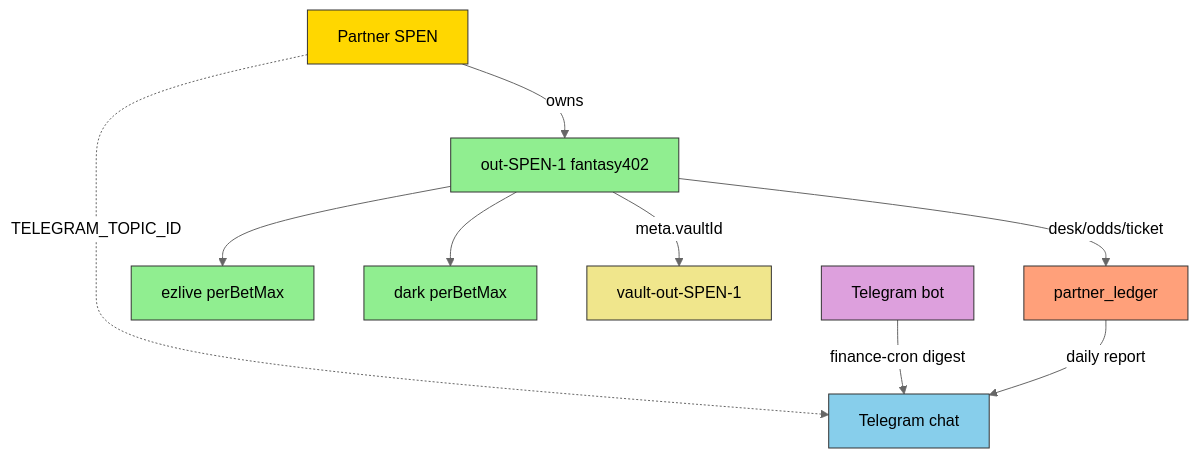
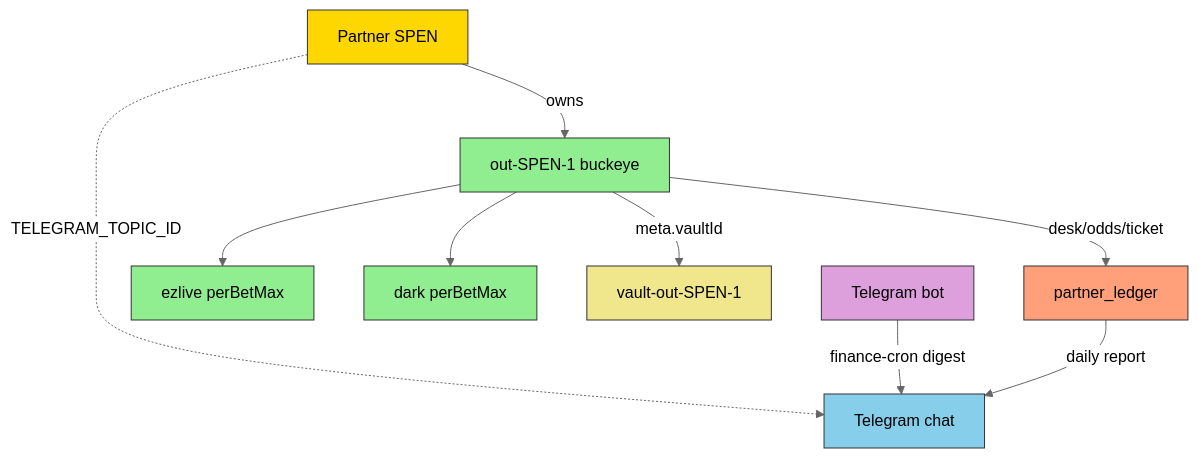
One commit to brendadeeznuts1111/Kalshi-bot changed the diagram in docs/PARTNER-DOMAIN.md. Above: the diagram before and after it, drawn with Mermaid. The commit also changed other lines of this file and 3 other files, not shown here.

````diff
--- a/docs/PARTNER-DOMAIN.md
+++ b/docs/PARTNER-DOMAIN.md
@@ -37,28 +37,28 @@
 ```mermaid
 %%{init: {'theme': 'neutral'}}%%
 graph TD
     classDef partner fill:#FFD700,stroke:#333,color:#000;
     classDef comms fill:#87CEEB,stroke:#333,color:#000;
     classDef account fill:#90EE90,stroke:#333,color:#000;
     classDef asset fill:#F0E68C,stroke:#333,color:#000;
     classDef finance fill:#FFA07A,stroke:#333,color:#000;
     classDef bot fill:#DDA0DD,stroke:#333,color:#000;
 
     P[Partner SPEN]:::partner
     TG[Telegram chat]:::comms
     BOT[Telegram bot]:::bot
-    O[out-SPEN-1 fantasy402]:::account
+    O[out-SPEN-1 buckeye]:::account
     S1[ezlive perBetMax]:::account
     S2[dark perBetMax]:::account
     V[vault-out-SPEN-1]:::asset
     L[partner_ledger]:::finance
 
     P -->|owns| O
     P -.->|TELEGRAM_TOPIC_ID| TG
     BOT -->|finance-cron digest| TG
     O --> S1
     O --> S2
     O -->|meta.vaultId| V
     O -->|desk/odds/ticket| L
     L -->|daily report| TG
 ```
````
